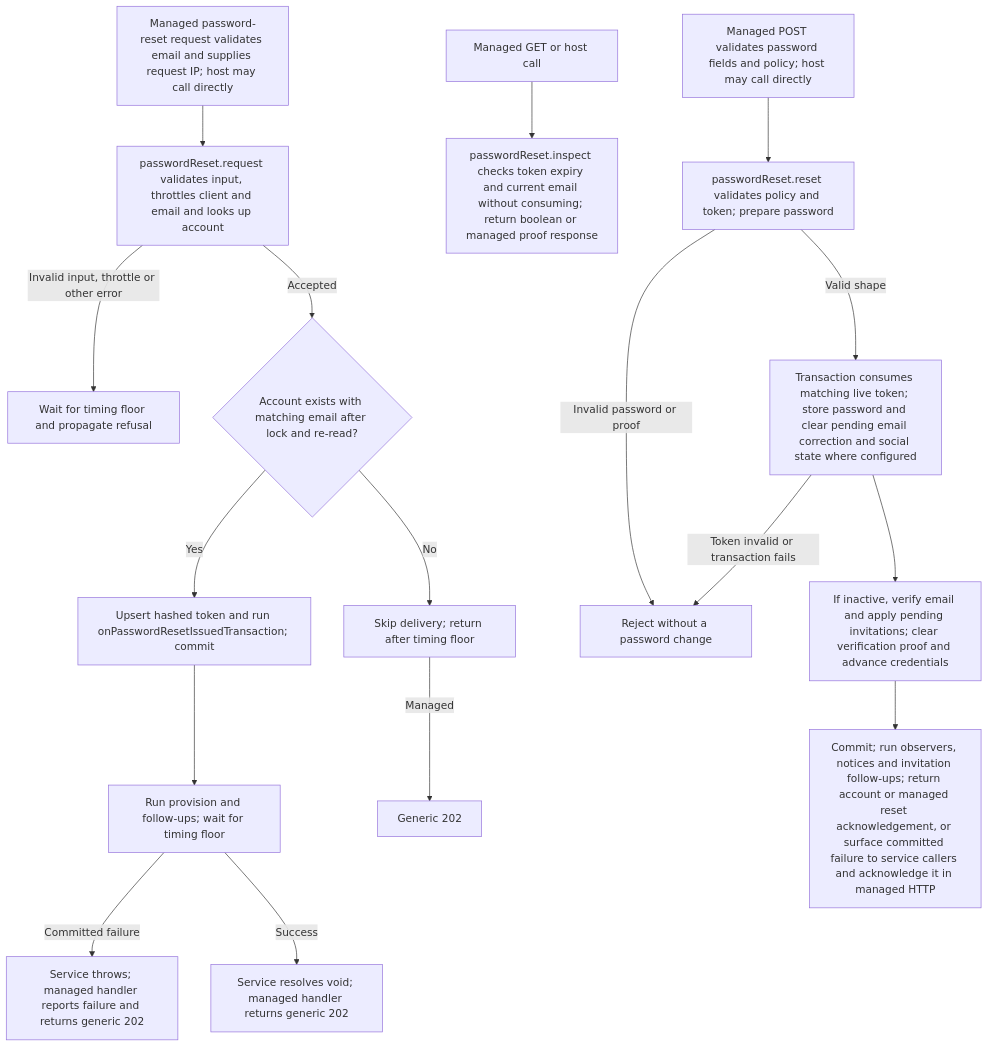
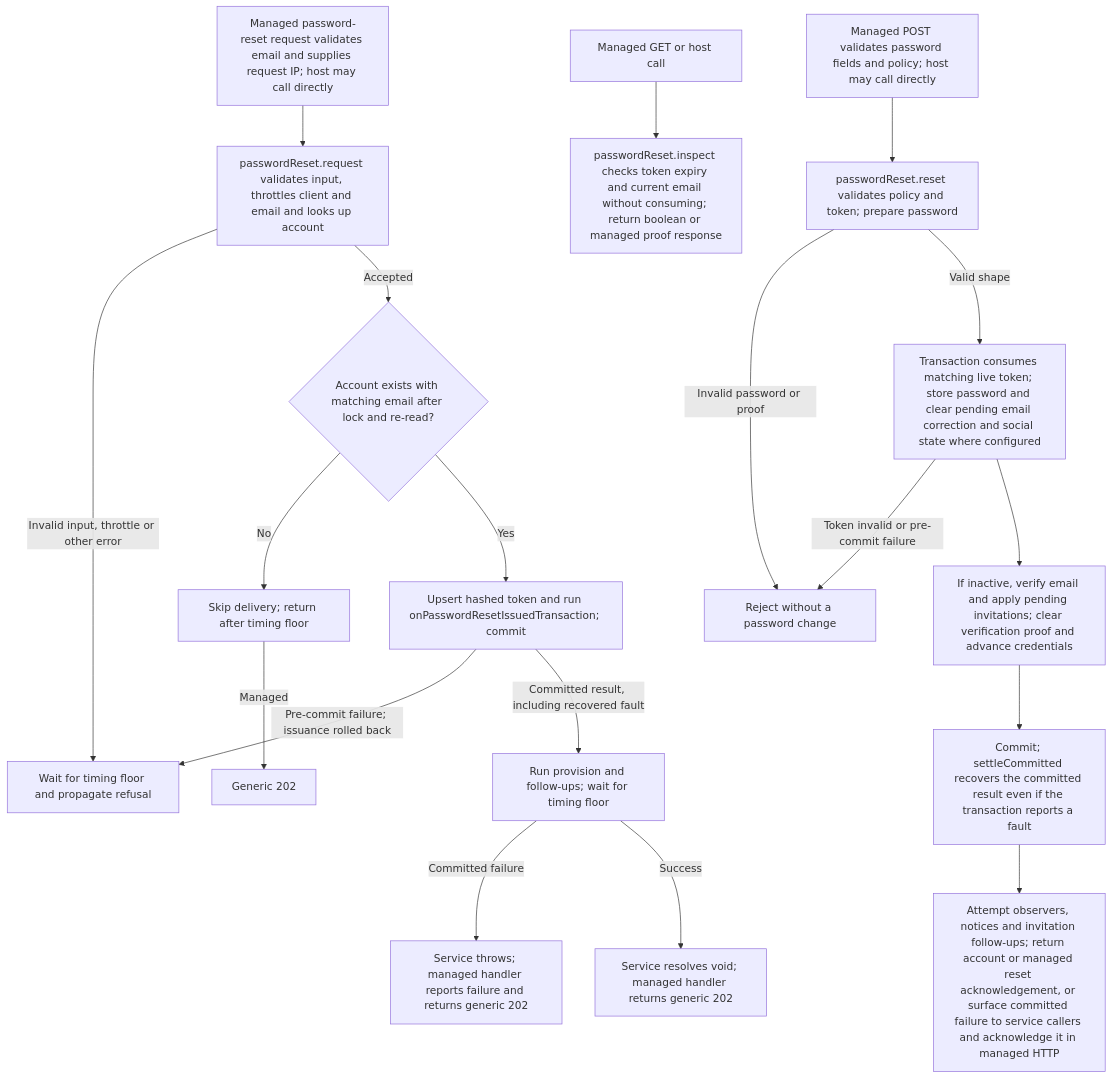
Before and after one commit to Kevinjohn/oss-adonisjs-account-kit: the second of 2 diagrams in user-stories/US-ACCOUNT-01-recover-password.md, drawn with Mermaid. The commit also changed other lines of this file and 5 other files, not shown here.

````diff
--- a/user-stories/US-ACCOUNT-01-recover-password.md
+++ b/user-stories/US-ACCOUNT-01-recover-password.md
@@ -38,19 +38,21 @@
 ```mermaid
 flowchart TD
   A["Managed password-reset request validates email and supplies request IP; host may call directly"] --> B["passwordReset.request validates input, throttles client and email and looks up account"]
   B -->|Invalid input, throttle or other error| ERR["Wait for timing floor and propagate refusal"]
   B -->|Accepted| C{"Account exists with matching email after lock and re-read?"}
   C -->|No| D["Skip delivery; return after timing floor"]
   C -->|Yes| E["Upsert hashed token and run onPasswordResetIssuedTransaction; commit"]
-  E --> F["Run provision and follow-ups; wait for timing floor"]
+  E -->|Pre-commit failure; issuance rolled back| ERR
+  E -->|Committed result, including recovered fault| F["Run provision and follow-ups; wait for timing floor"]
   F -->|Committed failure| G["Service throws; managed handler reports failure and returns generic 202"]
   D -->|Managed| H["Generic 202"]
   F -->|Success| H2["Service resolves void; managed handler returns generic 202"]
   I["Managed GET or host call"] --> J["passwordReset.inspect checks token expiry and current email without consuming; return boolean or managed proof response"]
   K["Managed POST validates password fields and policy; host may call directly"] --> L["passwordReset.reset validates policy and token; prepare password"]
   L -->|Invalid password or proof| REJ["Reject without a password change"]
   L -->|Valid shape| M["Transaction consumes matching live token; store password and clear pending email correction and social state where configured"]
-  M -->|Token invalid or transaction fails| REJ
+  M -->|Token invalid or pre-commit failure| REJ
   M --> N["If inactive, verify email and apply pending invitations; clear verification proof and advance credentials"]
-  N --> O["Commit; run observers, notices and invitation follow-ups; return account or managed reset acknowledgement, or surface committed failure to service callers and acknowledge it in managed HTTP"]
+  N --> P["Commit; settleCommitted recovers the committed result even if the transaction reports a fault"]
+  P --> O["Attempt observers, notices and invitation follow-ups; return account or managed reset acknowledgement, or surface committed failure to service callers and acknowledge it in managed HTTP"]
 ```
````
